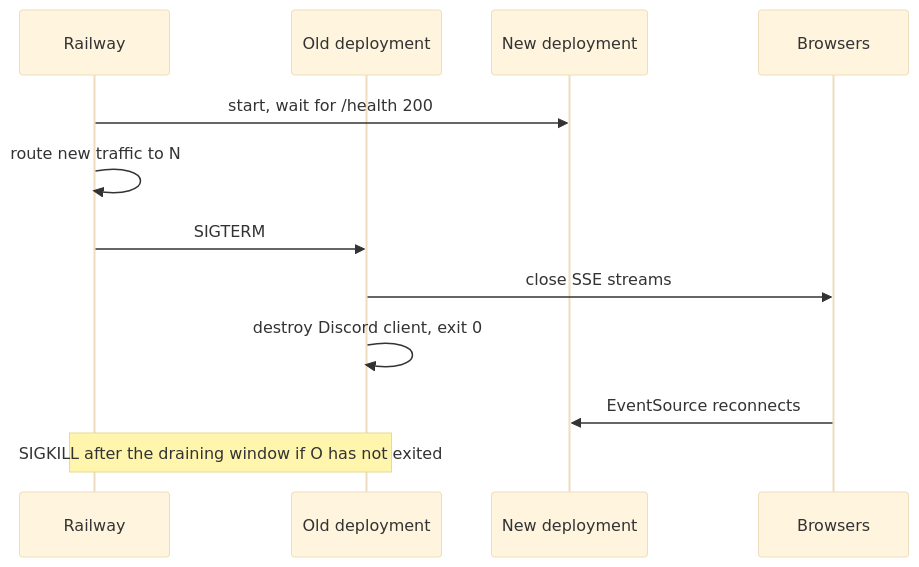
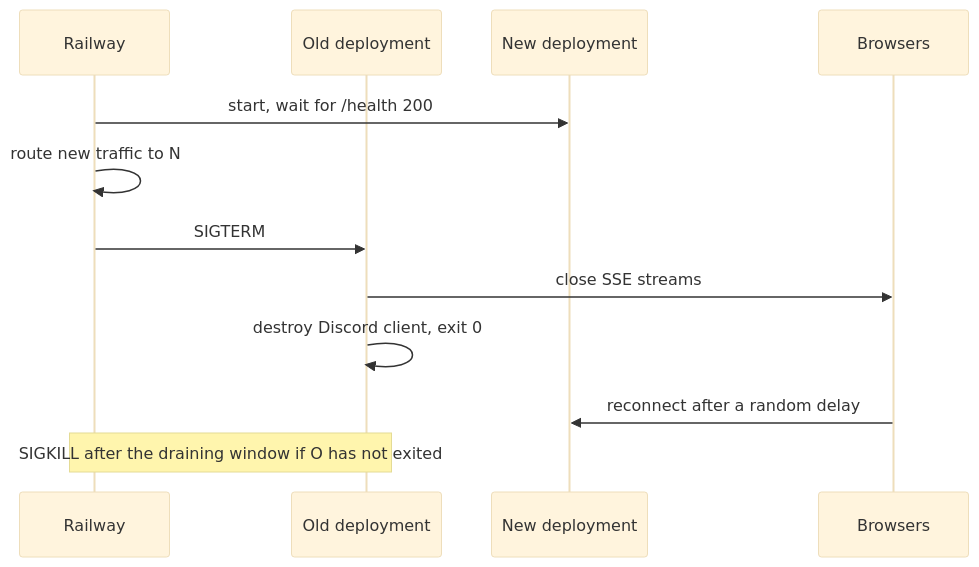
The fifth of 5 diagrams in docs/system-specs/architecture.md (AmitKulkarni23/discord-relay), drawn with Mermaid (base theme) before and after one commit. The commit also changed other lines of this file and 8 other files, not shown here.

Commit message:
Reconnect from one browser loop with jittered backoff that resets only after a stable stream. Replay only messages newer than ?since=.

````diff
--- a/docs/system-specs/architecture.md
+++ b/docs/system-specs/architecture.md
@@ -110,14 +111,14 @@
 ```mermaid
 sequenceDiagram
   participant R as Railway
   participant O as Old deployment
   participant N as New deployment
   participant W as Browsers
   R->>N: start, wait for /health 200
   R->>R: route new traffic to N
   R->>O: SIGTERM
   O->>W: close SSE streams
   O->>O: destroy Discord client, exit 0
-  W->>N: EventSource reconnects
+  W->>N: reconnect after a random delay
   Note over R,O: SIGKILL after the draining window if O has not exited
 ```
````
